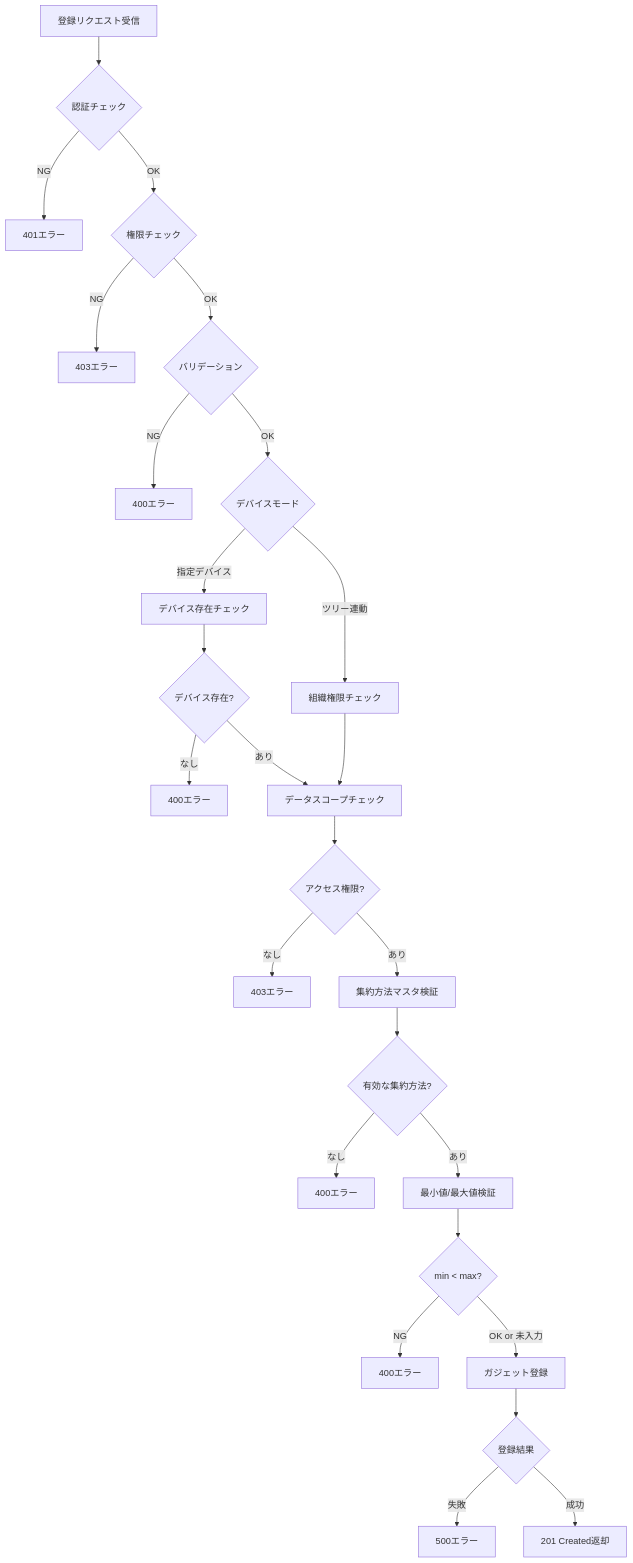
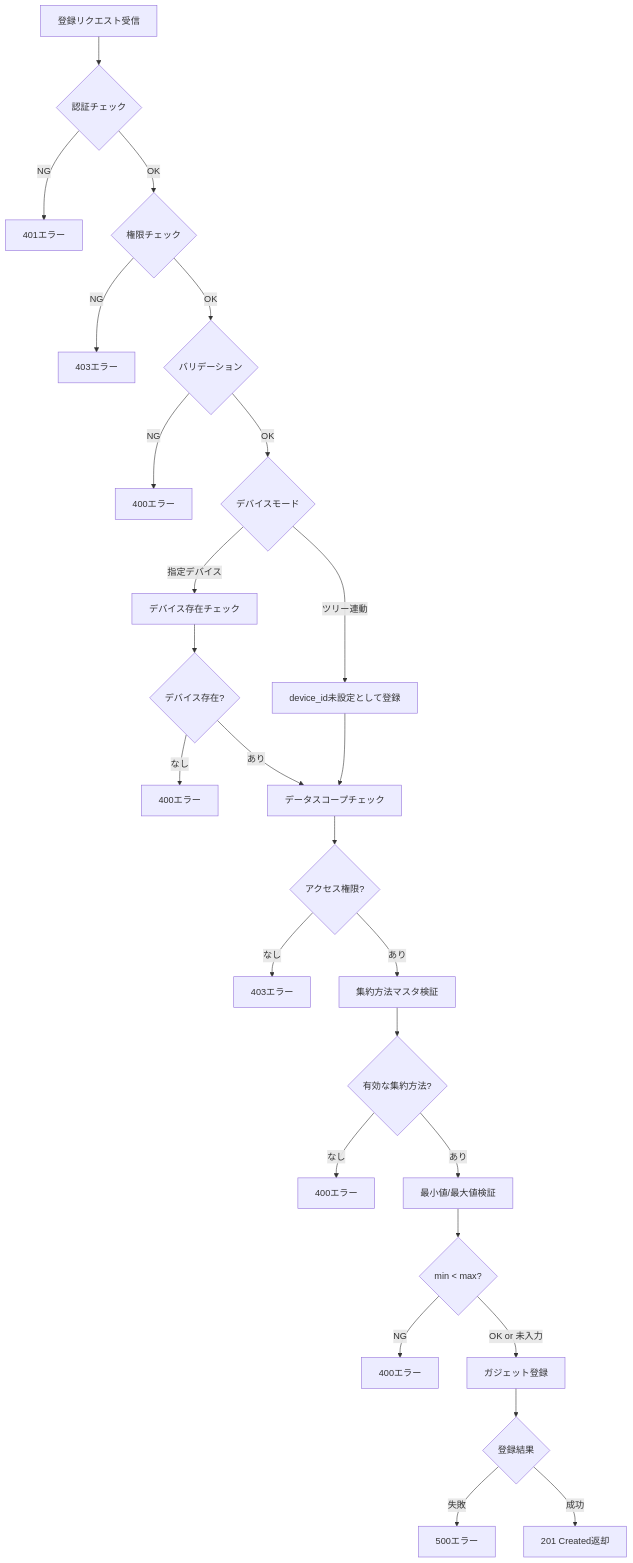
Before and after one commit to NSW-SVCP-AIWG002/Databricks-IoT: the third of 4 diagrams in docs/03-features/flask-app/dashboard-bar-chart/workflow-specification.md, drawn with Mermaid. The commit also changed other lines of this file and 1 other file, not shown here.

````diff
--- a/docs/03-features/flask-app/dashboard-bar-chart/workflow-specification.md
+++ b/docs/03-features/flask-app/dashboard-bar-chart/workflow-specification.md
@@ -970,28 +970,28 @@
 ```mermaid
 flowchart TD
     A[登録リクエスト受信] --> B{認証チェック}
     B -->|NG| C[401エラー]
     B -->|OK| D{権限チェック}
     D -->|NG| E[403エラー]
     D -->|OK| F{バリデーション}
     F -->|NG| G[400エラー]
     F -->|OK| H{デバイスモード}
     H -->|指定デバイス| I[デバイス存在チェック]
-    H -->|ツリー連動| J[組織権限チェック]
+    H -->|ツリー連動| J[device_id未設定として登録]
     I --> K{デバイス存在?}
     K -->|なし| L[400エラー]
     K -->|あり| M[データスコープチェック]
     J --> M
     M --> N{アクセス権限?}
     N -->|なし| O[403エラー]
     N -->|あり| P[集約方法マスタ検証]
     P --> Q{有効な集約方法?}
     Q -->|なし| R[400エラー]
     Q -->|あり| S[最小値/最大値検証]
     S --> T{min < max?}
     T -->|NG| U[400エラー]
     T -->|OK or 未入力| V[ガジェット登録]
     V --> W{登録結果}
     W -->|失敗| X[500エラー]
     W -->|成功| Y[201 Created返却]
 ```
````
